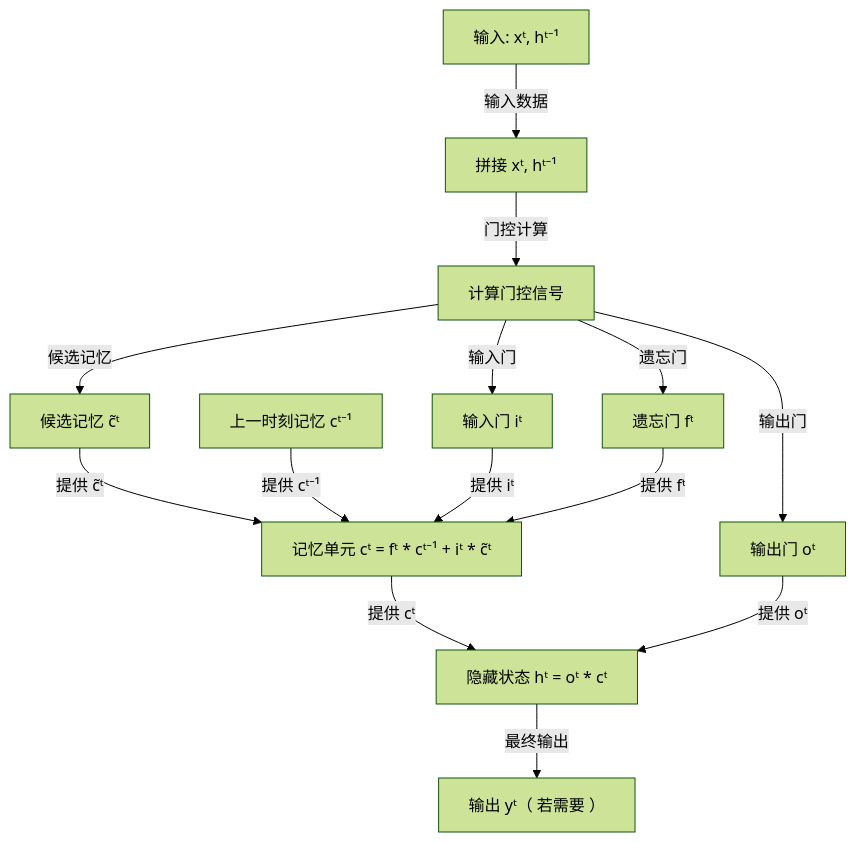
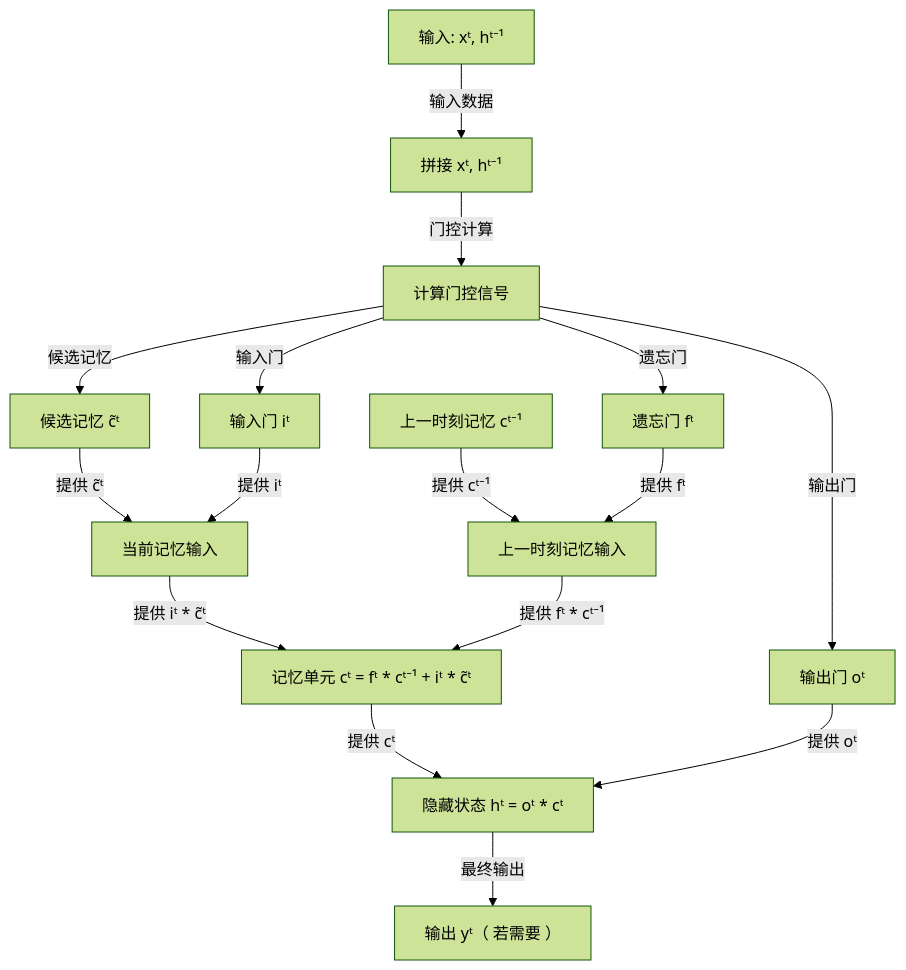
The diagram in 3. 模型训练/3. 神经网络/2. 常用模型/3. LSTM.md (jianyi-gronk/ml-cookbook), drawn with Mermaid (forest theme) before and after one commit. The commit also changed other lines of this file and 1 other file, not shown here.

Commit message:
feat: 补充 GRU

````diff
--- a/3. 模型训练/3. 神经网络/2. 常用模型/3. LSTM.md
+++ b/3. 模型训练/3. 神经网络/2. 常用模型/3. LSTM.md
@@ -106,28 +106,36 @@
   ```mermaid
   graph TD
     %% 输入和拼接
     A[输入: xᵗ, hᵗ⁻¹] -->|输入数据| B[拼接 xᵗ, hᵗ⁻¹]
     B -->|门控计算| C[计算门控信号]
     C -->|输入门| D
     C -->|候选记忆| G
     C -->|遗忘门| E
 
     D[输入门 iᵗ]
     G[候选记忆 c̃ᵗ]
     E[遗忘门 fᵗ]
     K[上一时刻记忆 cᵗ⁻¹]
 
+    N[上一时刻记忆输入]
+    L[当前记忆输入]
+
     %% 输出门
     C -->|输出门| F[输出门 oᵗ]
 
     %% 记忆单元更新
-    G -->|提供 c̃ᵗ| H
-    K -->|提供 cᵗ⁻¹| H
-    D -->|提供 iᵗ| H[记忆单元 cᵗ = fᵗ * cᵗ⁻¹ + iᵗ * c̃ᵗ]
-    E -->|提供 fᵗ| H
+    G -->|提供 c̃ᵗ| L
+    K -->|提供 cᵗ⁻¹| N
+    D -->|提供 iᵗ| L
+    E -->|提供 fᵗ| N
+
+    L --> |提供 iᵗ * c̃ᵗ| H
+    N --> |提供 fᵗ * cᵗ⁻¹| H
+
+    H[记忆单元 cᵗ = fᵗ * cᵗ⁻¹ + iᵗ * c̃ᵗ]
 
     %% 隐藏状态和输出
     H -->|提供 cᵗ| I[隐藏状态 hᵗ = oᵗ * cᵗ]
     F -->|提供 oᵗ| I
     I -->|最终输出| J[输出 yᵗ（ 若需要 ）]
   ```
````
